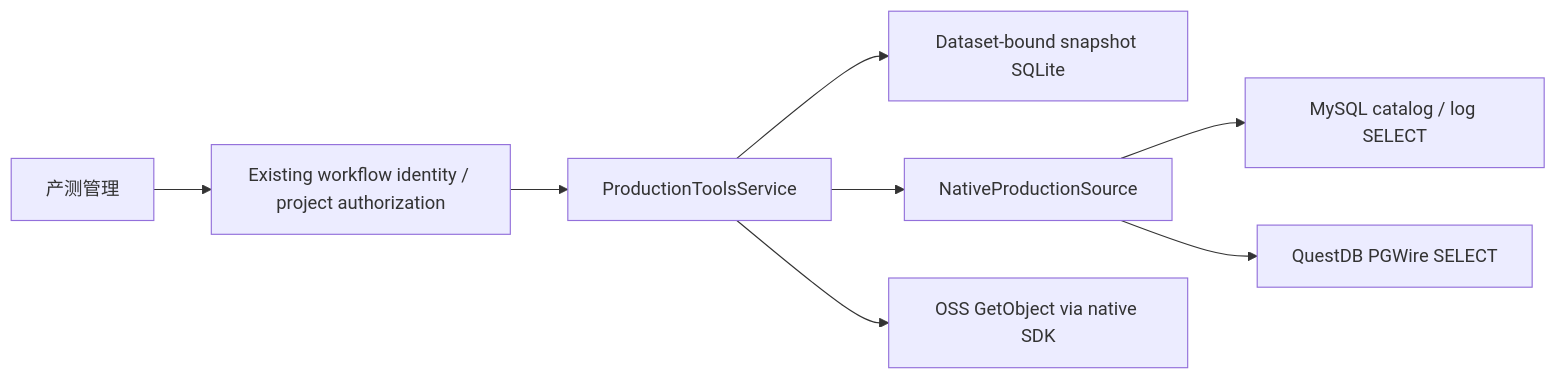
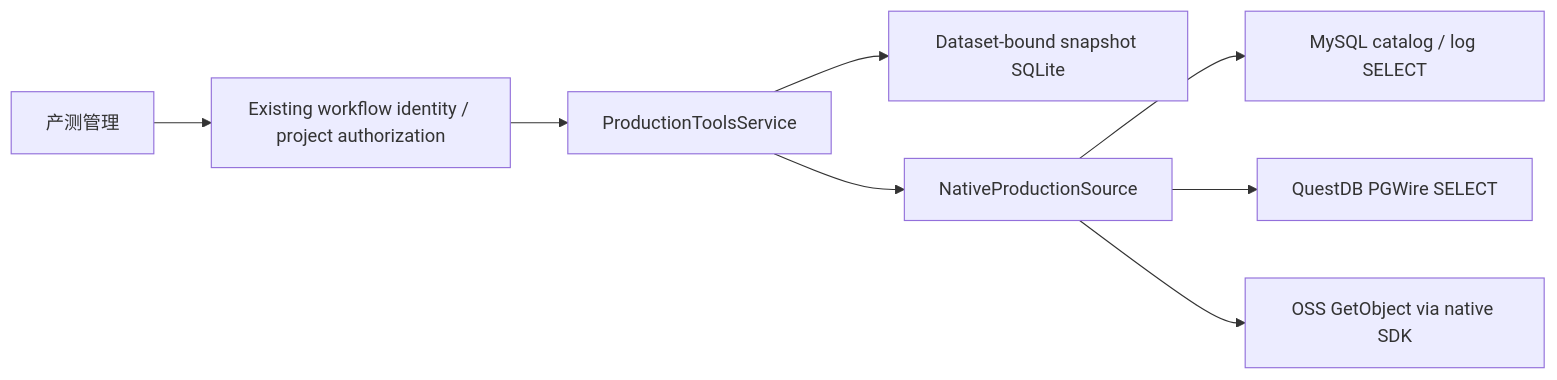
The diagram in docs/superpowers/specs/2026-11-10-native-production-tools-design.md (ink-hz/AI-Manufacturing-Platform), drawn with Mermaid before and after one commit. The commit also changed other lines of this file and 1 other file, not shown here.

Commit message:
docs: assign snapshot path checks to explicit composers

````diff
--- a/docs/superpowers/specs/2026-11-10-native-production-tools-design.md
+++ b/docs/superpowers/specs/2026-11-10-native-production-tools-design.md
@@ -18,10 +18,10 @@
 ```mermaid
 flowchart LR
   UI[产测管理] --> API[Existing workflow identity / project authorization]
   API --> S[ProductionToolsService]
   S --> M[Dataset-bound snapshot SQLite]
   S --> N[NativeProductionSource]
   N --> MYSQL[MySQL catalog / log SELECT]
   N --> Q[QuestDB PGWire SELECT]
-  S --> OSS[OSS GetObject via native SDK]
+  N --> OSS[OSS GetObject via native SDK]
 ```
````
